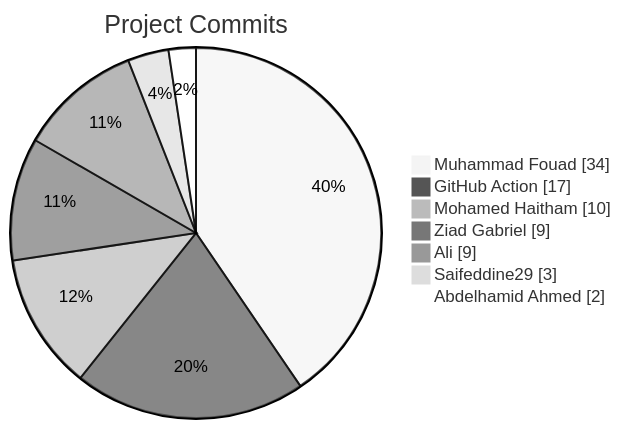
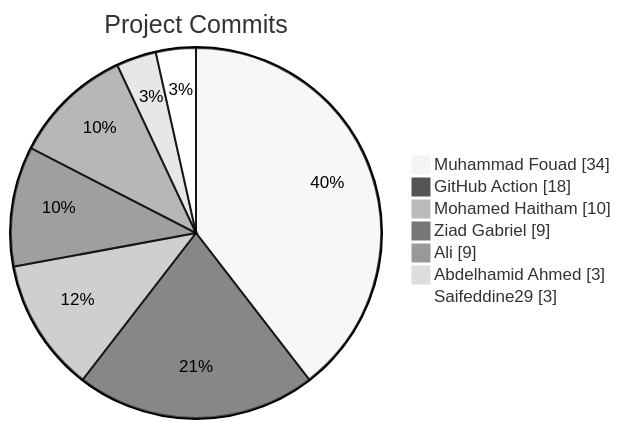
The diagram in README.md (Abdelhamid-El-rashidy/Library_System), drawn with Mermaid (neutral theme) before and after one commit.

Commit message:
docs: update contributor stats [skip ci]

````diff
--- a/README.md
+++ b/README.md
@@ -11,11 +11,11 @@
 ```mermaid
 pie showData
     title Project Commits
     "Muhammad Fouad" : 34
-    "GitHub Action" : 17
+    "GitHub Action" : 18
     "Mohamed Haitham" : 10
     "Ziad Gabriel" : 9
     "Ali" : 9
+    "Abdelhamid Ahmed" : 3
     "Saifeddine29" : 3
-    "Abdelhamid Ahmed" : 2
 ```
````
